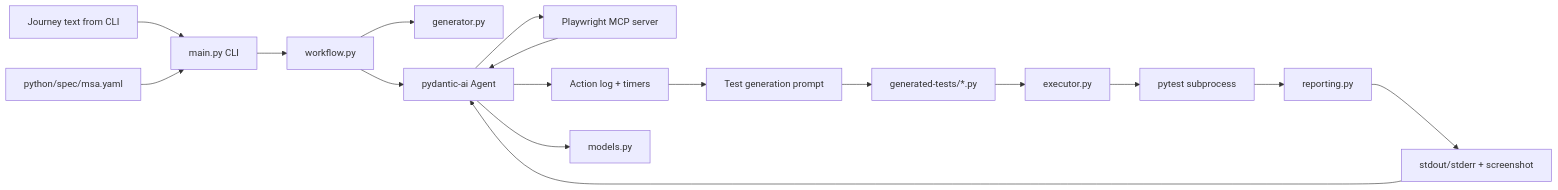
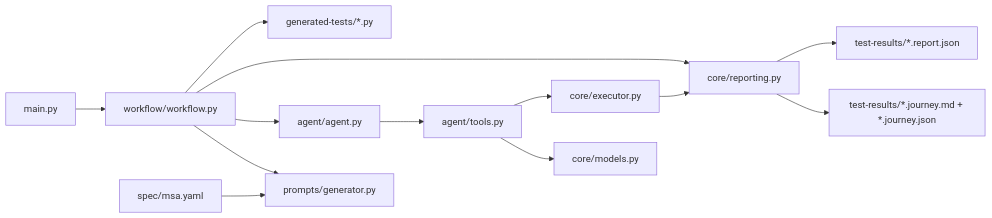
One commit to elenaovv/microservice-testing-agent changed the diagram in python/docs/python_architecture_baseline.md. Above: the diagram before and after it, drawn with Mermaid. The commit also changed other lines of this file and 5 other files, not shown here.

````diff
--- a/python/docs/python_architecture_baseline.md
+++ b/python/docs/python_architecture_baseline.md
@@ -15,35 +15,28 @@
 ```mermaid
 flowchart LR
-    CLI["main.py CLI"]
-    WF["workflow.py"]
-    GENMOD["generator.py"]
-    USER["Journey text from CLI"]
-    SPEC["python/spec/msa.yaml"]
-    AGENT["pydantic-ai Agent"]
-    MCP["Playwright MCP server"]
-    LOG["Action log + timers"]
-    MODELS["models.py"]
-    GEN["Test generation prompt"]
-    FILE["generated-tests/*.py"]
-    EXECMOD["executor.py"]
-    REPMOD["reporting.py"]
-    EXEC["pytest subprocess"]
-    OUT["stdout/stderr + screenshot"]
+    CLI["main.py"]
+    WF["workflow/workflow.py"]
+    PROMPTS["prompts/generator.py"]
+    AGENT["agent/agent.py"]
+    TOOLS["agent/tools.py"]
+    MODELS["core/models.py"]
+    EXEC["core/executor.py"]
+    REPORT["core/reporting.py"]
+    SPEC["spec/msa.yaml"]
+    GUIDE["test-results/*.journey.md + *.journey.json"]
+    TEST["generated-tests/*.py"]
+    RESULT["test-results/*.report.json"]
 
-    USER --> CLI
-    SPEC --> CLI
     CLI --> WF
-    WF --> GENMOD
+    SPEC --> PROMPTS
+    WF --> PROMPTS
     WF --> AGENT
-    AGENT --> MODELS
-    AGENT --> MCP
-    MCP --> AGENT
-    AGENT --> LOG
-    LOG --> GEN
-    GEN --> FILE
-    FILE --> EXECMOD
-    EXECMOD --> EXEC
-    EXEC --> REPMOD
-    REPMOD --> OUT
-    OUT --> AGENT
+    AGENT --> TOOLS
+    TOOLS --> MODELS
+    WF --> REPORT
+    REPORT --> GUIDE
+    WF --> TEST
+    TOOLS --> EXEC
+    EXEC --> REPORT
+    REPORT --> RESULT
 ```
````
